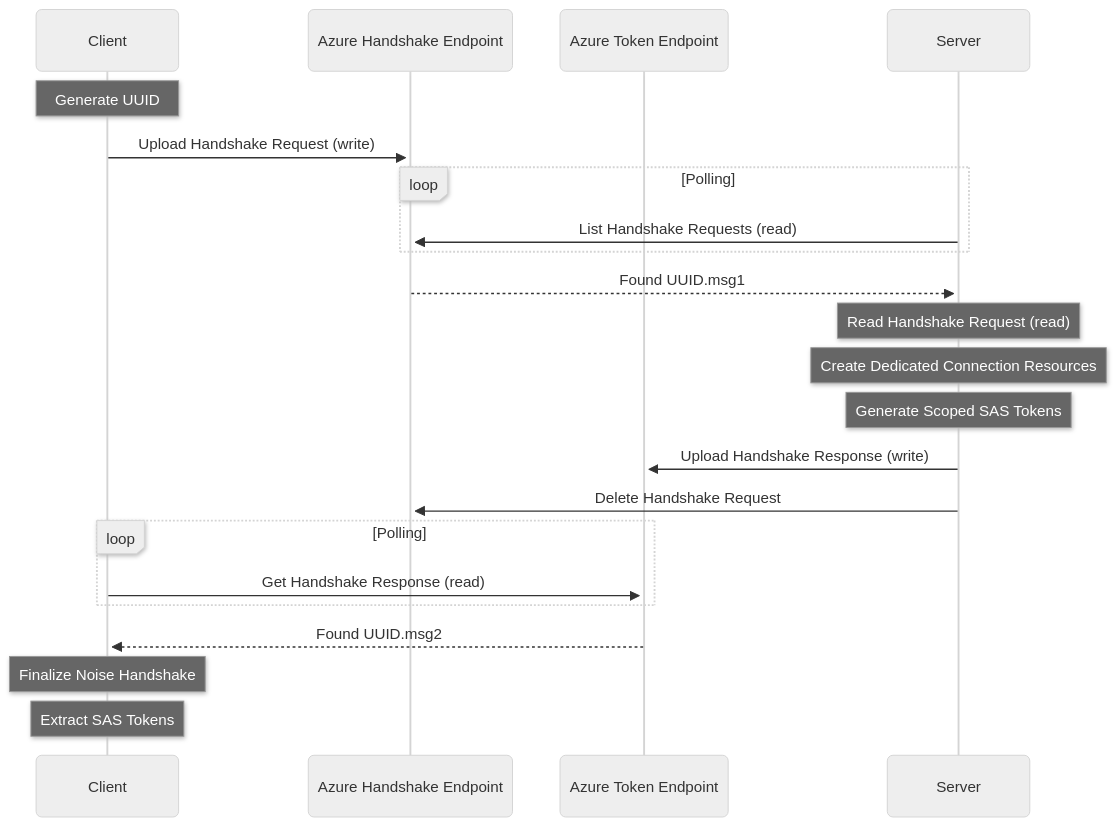
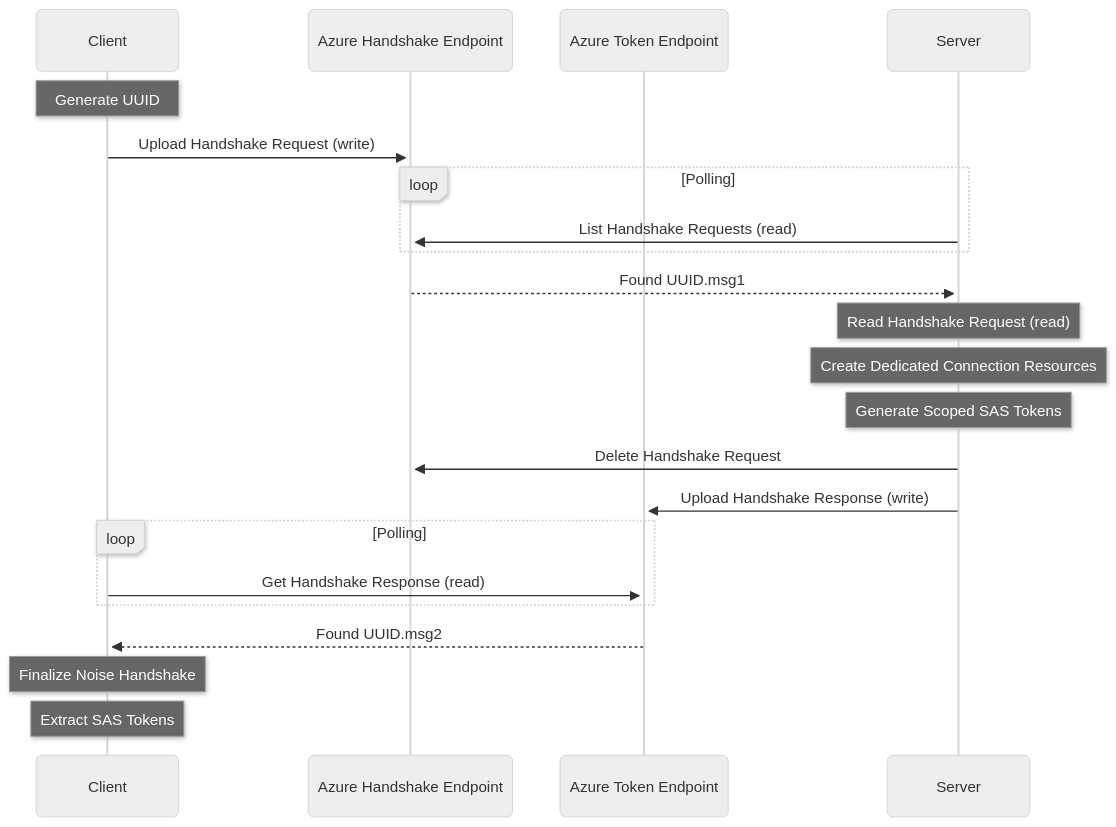
One commit to Atsika/aznet changed the diagram in docs/src/content/docs/core-concepts/architecture.md. Above: the diagram before and after it, drawn with Mermaid (neutral theme). The commit also changed other lines of this file and 17 other files, not shown here.

````diff
--- a/docs/src/content/docs/core-concepts/architecture.md
+++ b/docs/src/content/docs/core-concepts/architecture.md
@@ -57,34 +56,34 @@
 ```mermaid
 ---
 config:
   look: neo
 ---
 sequenceDiagram
     participant Client
     participant HandshakeStorage as Azure Handshake Endpoint
     participant TokenStorage as Azure Token Endpoint
     participant Server
 
     Note over Client: Generate UUID
     Client->>HandshakeStorage: Upload Handshake Request (write)
     
     loop Polling
         Server->>HandshakeStorage: List Handshake Requests (read)
     end
     
     HandshakeStorage-->>Server: Found UUID.msg1
     Note over Server: Read Handshake Request (read)
     Note over Server: Create Dedicated Connection Resources
     Note over Server: Generate Scoped SAS Tokens
     
+    Server->>HandshakeStorage: Delete Handshake Request
     Server->>TokenStorage: Upload Handshake Response (write)
-    Server->>HandshakeStorage: Delete Handshake Request
     
     loop Polling
         Client->>TokenStorage: Get Handshake Response (read)
     end
     
     TokenStorage-->>Client: Found UUID.msg2
     Note over Client: Finalize Noise Handshake
     Note over Client: Extract SAS Tokens
 ```
````
